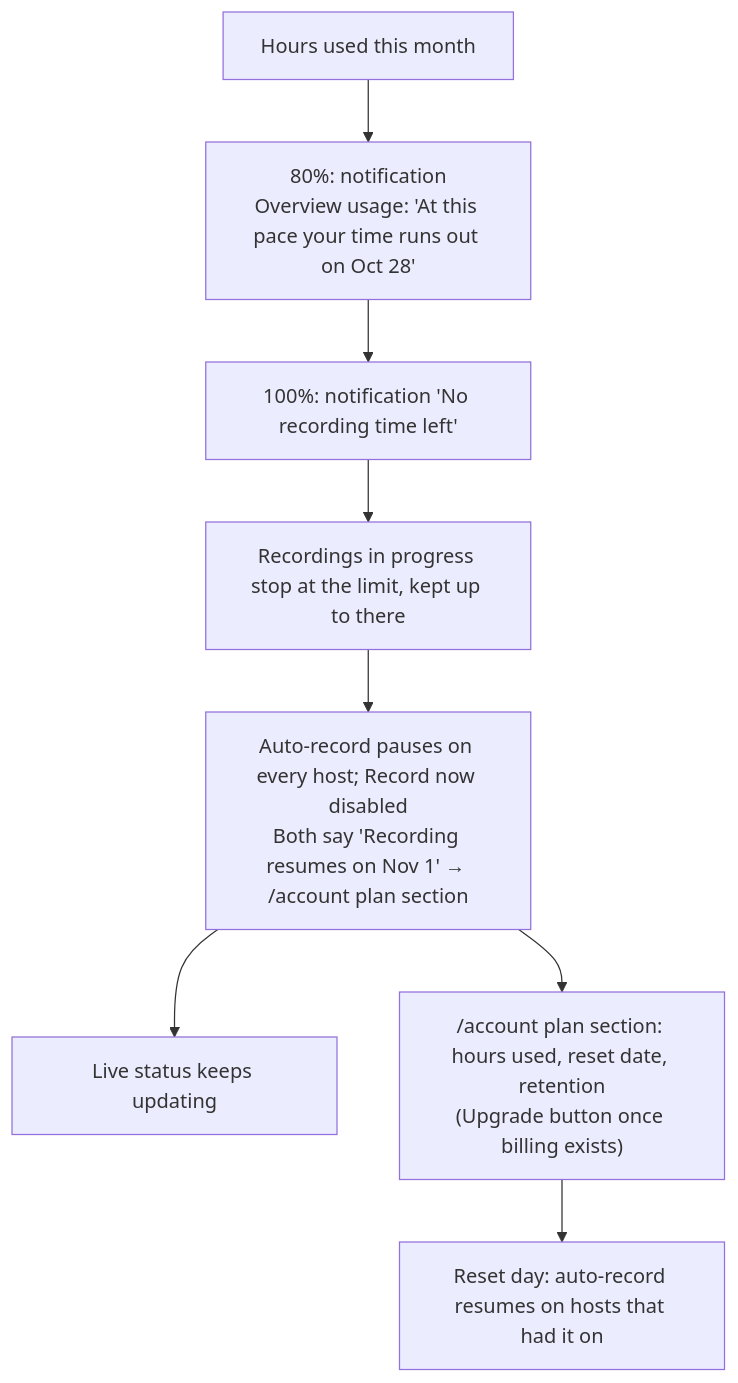
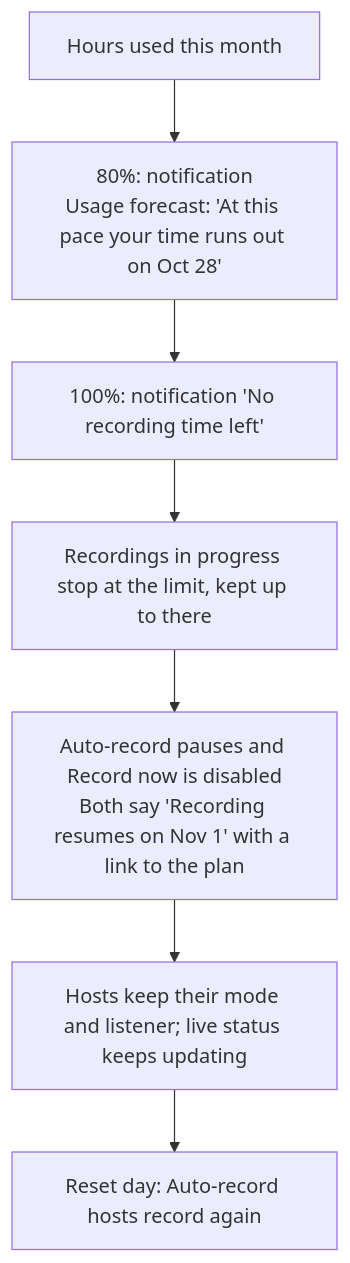
The eighth of 11 diagrams in docs/user-flows.md (binhld98/AutoRecordLive), drawn with Mermaid before and after one commit. The commit also changed other lines of this file, not shown here.

Commit message:
docs: add active listeners to user flows

````diff
--- a/docs/user-flows.md
+++ b/docs/user-flows.md
@@ -219,10 +228,9 @@
 ```mermaid
 flowchart TD
-  use["Hours used this month"] --> w80["80%: notification<br/>Overview usage: 'At this pace your time runs out on Oct 28'"]
+  use["Hours used this month"] --> w80["80%: notification<br/>Usage forecast: 'At this pace your time runs out on Oct 28'"]
   w80 --> w100["100%: notification 'No recording time left'"]
   w100 --> stop["Recordings in progress stop at the limit, kept up to there"]
-  stop --> pause["Auto-record pauses on every host; Record now disabled<br/>Both say 'Recording resumes on Nov 1' → /account plan section"]
-  pause --> checks["Live status keeps updating"]
-  pause --> plan["/account plan section: hours used, reset date, retention<br/>(Upgrade button once billing exists)"]
-  plan --> resetday["Reset day: auto-record resumes on hosts that had it on"]
+  stop --> pause["Auto-record pauses and Record now is disabled<br/>Both say 'Recording resumes on Nov 1' with a link to the plan"]
+  pause --> keep["Hosts keep their mode and listener; live status keeps updating"]
+  keep --> resetday["Reset day: Auto-record hosts record again"]
 ```
````
